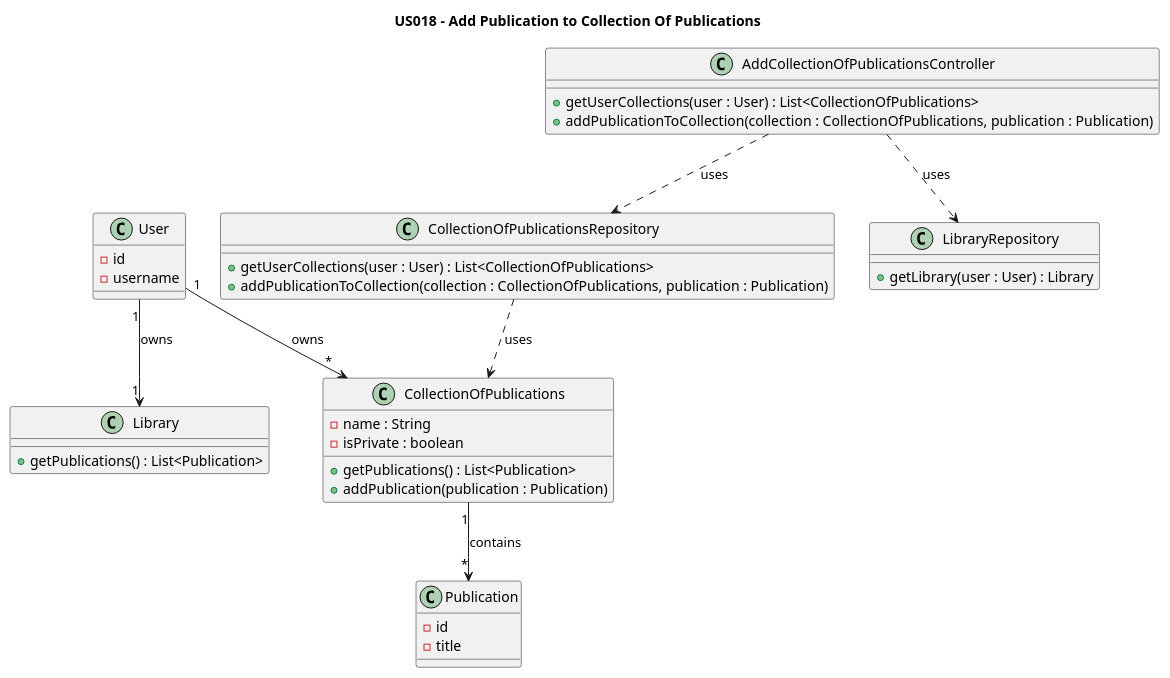
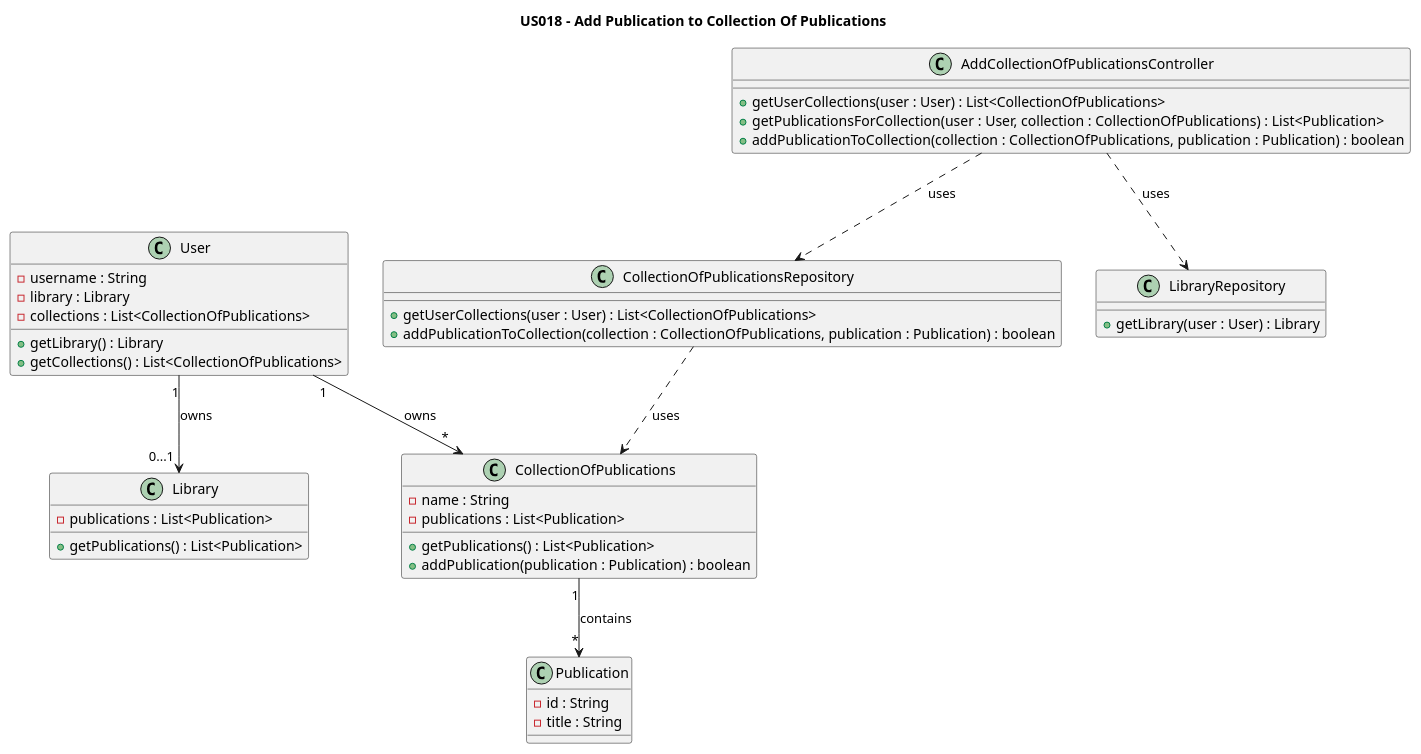
One commit to AndrePereiraGitH/SWitCH-Project-Team_A changed the diagram in Diagrams/ClassDiagrams/US018-to-add-publication-to-list.puml. Above: the diagram before and after it, drawn with PlantUML. The commit also changed 19 other files, not shown here.

Commit message:
closes #39 - Implement US017 private collection creation with genre

```diff
--- a/Diagrams/ClassDiagrams/US018-to-add-publication-to-list.puml
+++ b/Diagrams/ClassDiagrams/US018-to-add-publication-to-list.puml
@@ -1,63 +1,71 @@
 @startuml
 title US018 - Add Publication to Collection Of Publications
 
 ' ======================
 ' Domain
 ' ======================
 
 class User {
-  -id
-  -username
+  - username : String
+  - library : Library
+  - collections : List<CollectionOfPublications>
+  + getLibrary() : Library
+  + getCollections() : List<CollectionOfPublications>
 }
 
 class Publication {
-  -id
-  -title
+  - id : String
+  - title : String
+
 }
 
 class CollectionOfPublications {
-  -name : String
-  -isPrivate : boolean
-  +getPublications() : List<Publication>
-  +addPublication(publication : Publication)
+  - name : String
+  - publications : List<Publication>
+
+  + getPublications() : List<Publication>
+  + addPublication(publication : Publication) : boolean
+
 }
 
 class Library {
-  +getPublications() : List<Publication>
+- publications : List<Publication>
++ getPublications() : List<Publication>
+
 }
 
 User "1" --> "*" CollectionOfPublications : owns
 CollectionOfPublications "1" --> "*" Publication : contains
-User "1" --> "1" Library : owns
+User "1" --> "0...1 " Library : owns
 
-' ======================
-' Application
 ' ======================
 
 class AddCollectionOfPublicationsController {
-  +getUserCollections(user : User) : List<CollectionOfPublications>
-  +addPublicationToCollection(collection : CollectionOfPublications, publication : Publication)
+ + getUserCollections(user : User) : List<CollectionOfPublications>
+ + getPublicationsForCollection(user : User, collection : CollectionOfPublications) : List<Publication>
+ + addPublicationToCollection(collection : CollectionOfPublications, publication : Publication) : boolean
+
 }
 
 ' ======================
 ' Persistence
 ' ======================
 
 class CollectionOfPublicationsRepository {
-  +getUserCollections(user : User) : List<CollectionOfPublications>
-  +addPublicationToCollection(collection : CollectionOfPublications, publication : Publication)
+  + getUserCollections(user : User) : List<CollectionOfPublications>
+  + addPublicationToCollection(collection : CollectionOfPublications, publication : Publication) : boolean
 }
 
 class LibraryRepository {
-  +getLibrary(user : User) : Library
+  + getLibrary(user : User) : Library
 }
 
 ' ======================
-' Dependencies (from SSD)
+' Dependencies
 ' ======================
 
 AddCollectionOfPublicationsController ..> CollectionOfPublicationsRepository : uses
 AddCollectionOfPublicationsController ..> LibraryRepository : uses
 CollectionOfPublicationsRepository ..> CollectionOfPublications : uses
 
 @enduml
```
